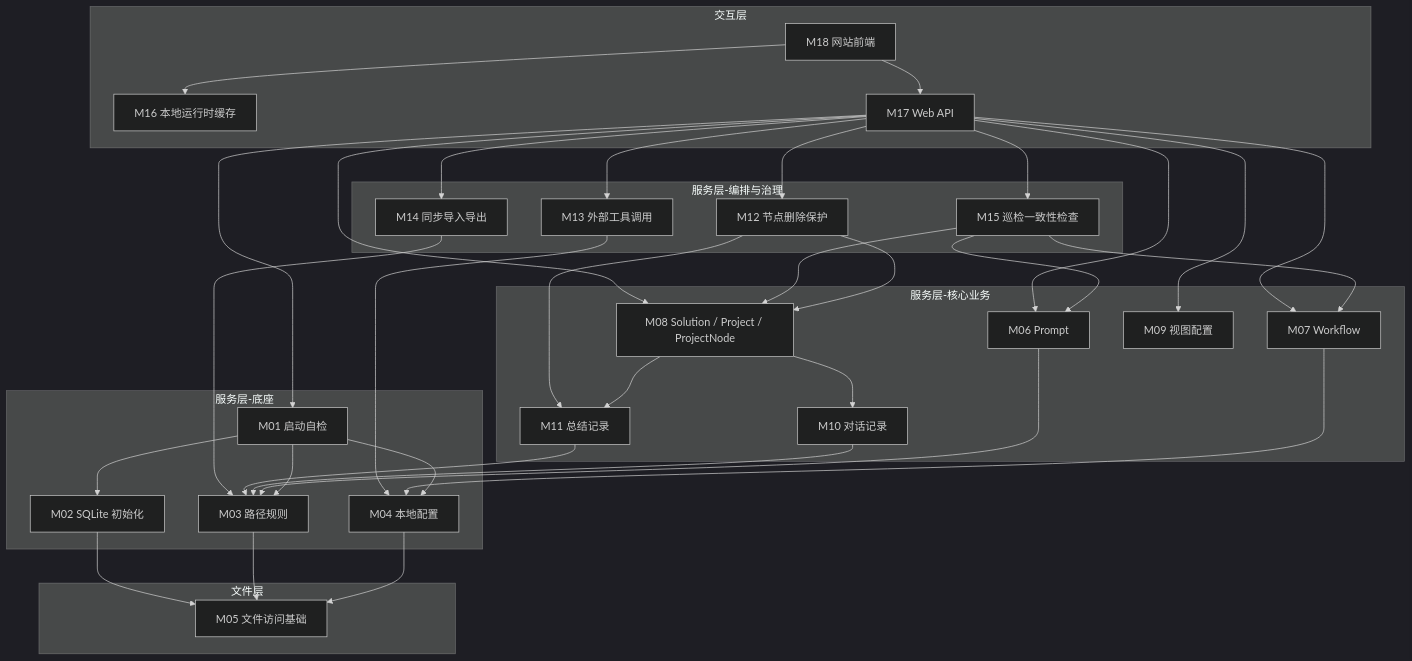
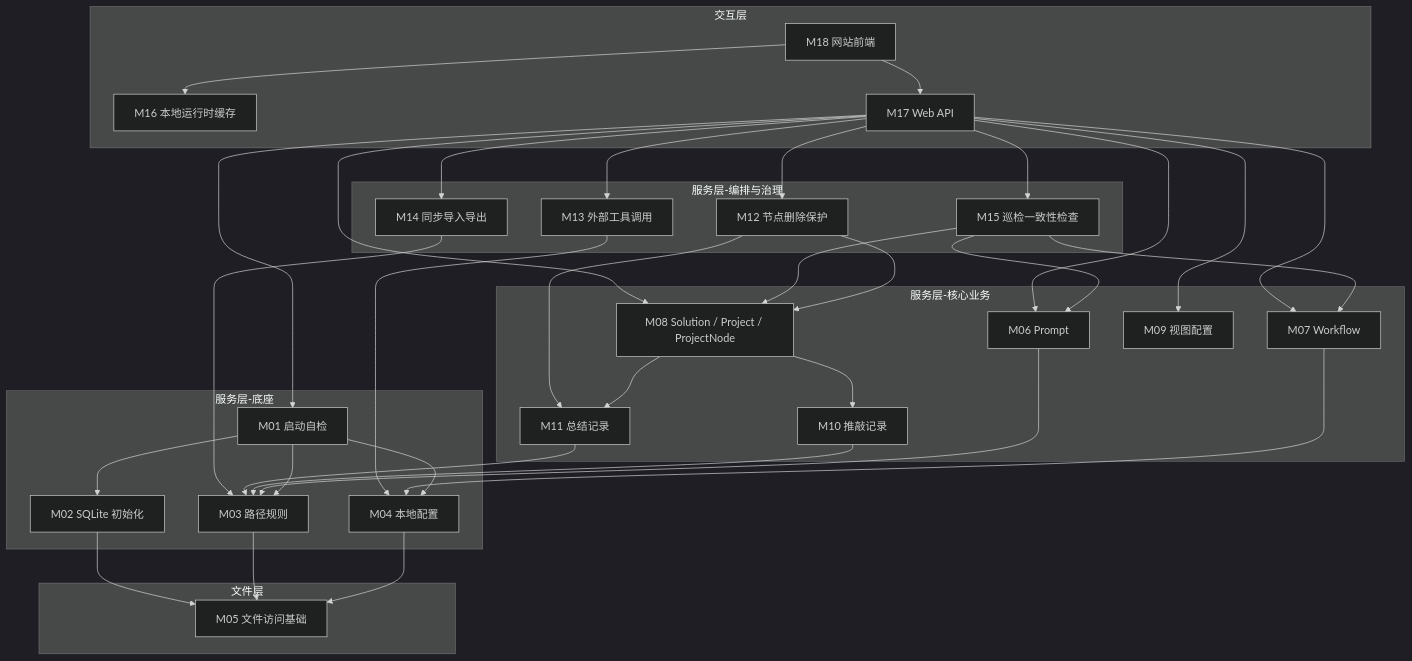
The second of 2 diagrams in docs/个人AI工作流导航器-模块设计-v1.md (Songyanglin-curious/ai-workflow-nav), drawn with Mermaid (dark theme) before and after one commit. The commit also changed other lines of this file and 24 other files, not shown here.

````diff
--- a/docs/个人AI工作流导航器-模块设计-v1.md
+++ b/docs/个人AI工作流导航器-模块设计-v1.md
@@ -129,74 +129,74 @@
 ```mermaid
 flowchart TD
   subgraph 文件层
     M05["M05 文件访问基础"]
   end
 
   subgraph 服务层-底座
     M04["M04 本地配置"]
     M03["M03 路径规则"]
     M02["M02 SQLite 初始化"]
     M01["M01 启动自检"]
   end
 
   subgraph 服务层-核心业务
     M06["M06 Prompt"]
     M07["M07 Workflow"]
     M08["M08 Solution / Project / ProjectNode"]
     M09["M09 视图配置"]
-    M10["M10 对话记录"]
+    M10["M10 推敲记录"]
     M11["M11 总结记录"]
   end
 
   subgraph 服务层-编排与治理
     M12["M12 节点删除保护"]
     M13["M13 外部工具调用"]
     M14["M14 同步导入导出"]
     M15["M15 巡检一致性检查"]
   end
 
   subgraph 交互层
     M16["M16 本地运行时缓存"]
     M17["M17 Web API"]
     M18["M18 网站前端"]
   end
 
   %% 底座主链
   M04 --> M05
   M03 --> M05
   M02 --> M05
   M01 --> M02
   M01 --> M03
   M01 --> M04
 
   %% 核心业务主链
   M06 --> M03
   M07 --> M04
   M08 --> M10
   M08 --> M11
   M10 --> M03
   M11 --> M03
 
   %% 高风险编排
   M12 --> M08
   M12 --> M11
   M13 --> M04
   M14 --> M03
   M15 --> M06
   M15 --> M07
   M15 --> M08
 
   %% 交互入口
   M17 --> M01
   M17 --> M06
   M17 --> M07
   M17 --> M08
   M17 --> M09
   M17 --> M12
   M17 --> M13
   M17 --> M14
   M17 --> M15
 
   M18 --> M17
   M18 --> M16
 ```
````
